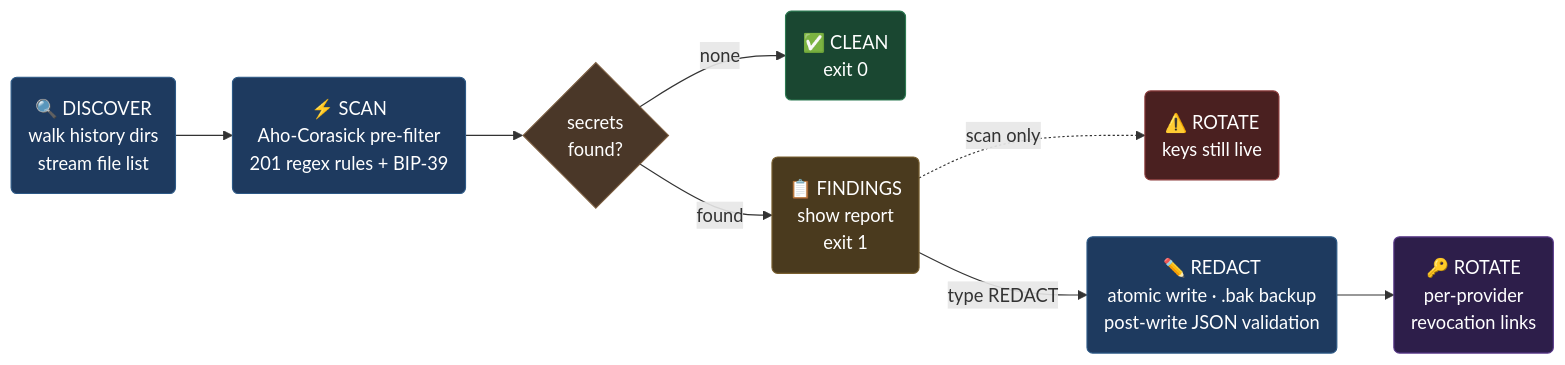
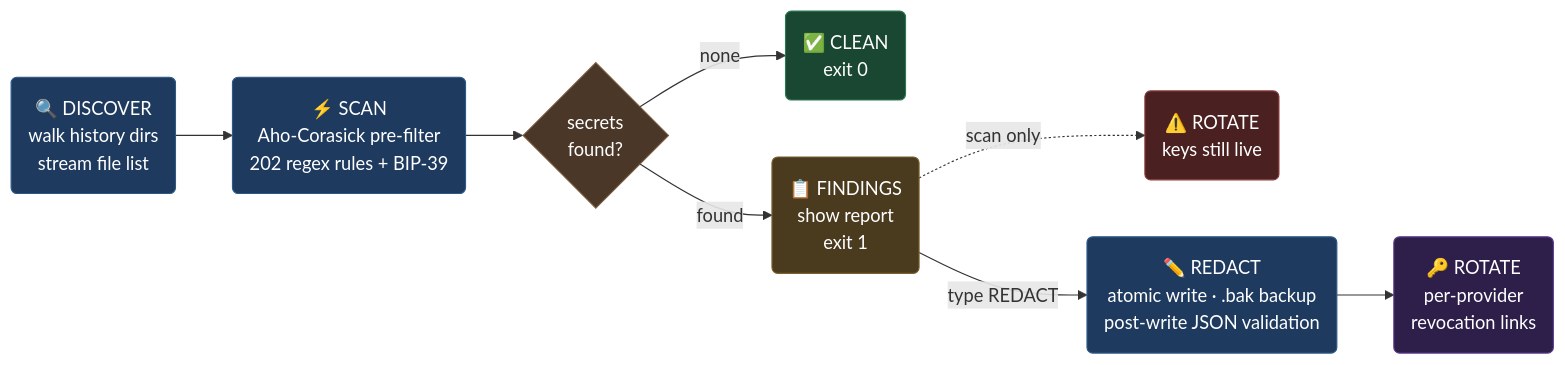
One commit to AhmadBilalDSA/agent-sweep changed the diagram in README.md. Above: the diagram before and after it, drawn with Mermaid. The commit also changed other lines of this file and 24 other files, not shown here.

````diff
--- a/README.md
+++ b/README.md
@@ -74,19 +74,19 @@
 ```mermaid
 flowchart LR
-    A("🔍 DISCOVER\nwalk history dirs\nstream file list") --> B("⚡ SCAN\nAho-Corasick pre-filter\n201 regex rules + BIP-39")
+    A("🔍 DISCOVER\nwalk history dirs\nstream file list") --> B("⚡ SCAN\nAho-Corasick pre-filter\n202 regex rules + BIP-39")
     B --> C{"secrets\nfound?"}
     C -- "none" --> D("✅ CLEAN\nexit 0")
     C -- "found" --> E("📋 FINDINGS\nshow report\nexit 1")
     E -. "scan only" .-> F("⚠️ ROTATE\nkeys still live")
     E -- "type REDACT" --> G("✏️ REDACT\natomic write · .bak backup\npost-write JSON validation")
     G --> H("🔑 ROTATE\nper-provider\nrevocation links")
 
     style A fill:#1e3a5f,color:#fff,stroke:#2d5986
     style B fill:#1e3a5f,color:#fff,stroke:#2d5986
     style C fill:#4a3728,color:#fff,stroke:#7a5c3f
     style D fill:#1a4731,color:#fff,stroke:#2d7a52
     style E fill:#4a3a1e,color:#fff,stroke:#7a6030
     style F fill:#4a2020,color:#fff,stroke:#8b3a3a
     style G fill:#1e3a5f,color:#fff,stroke:#2d5986
     style H fill:#2d1e4a,color:#fff,stroke:#5a3a8b
 ```
````
